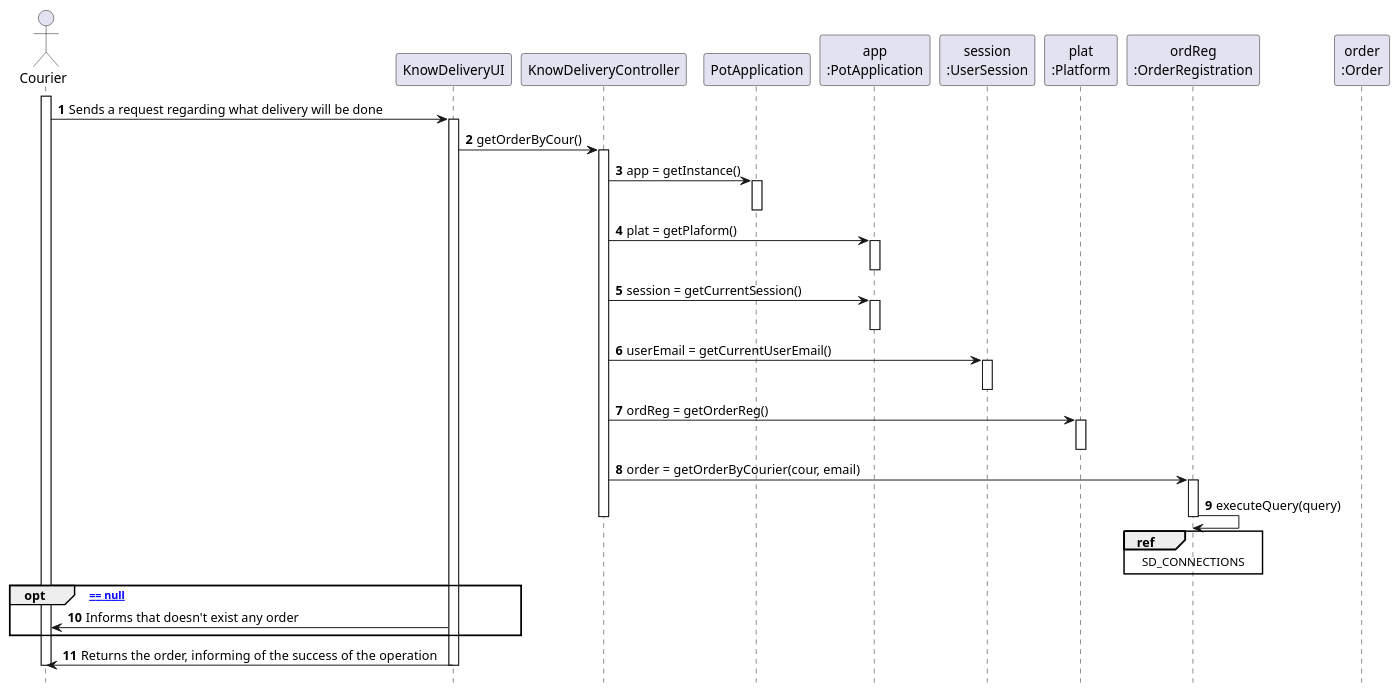
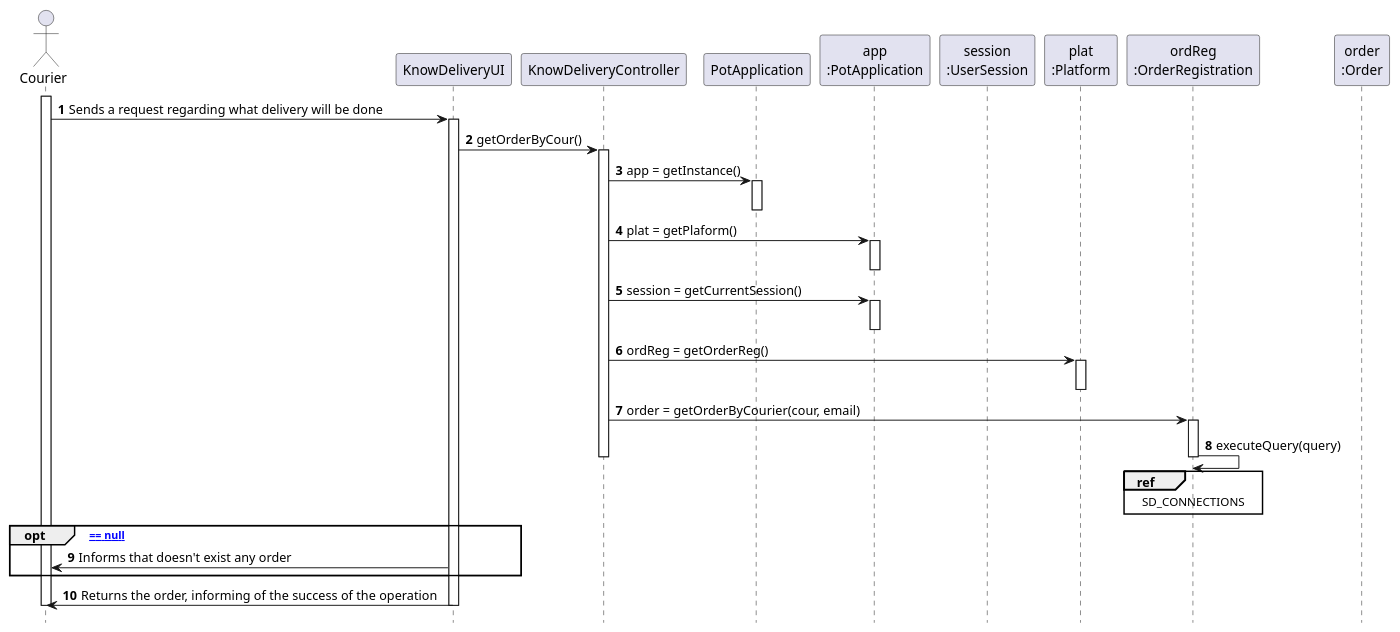
One commit to tiagoavcosta25/LAPR3 changed the diagram in docs/Iteration 1/Delivery Management/US48_KnowDelivery/US48_SD.puml. Above: the diagram before and after it, drawn with PlantUML. The commit also changed 10 other files, not shown here.

```diff
--- a/docs/Iteration 1/Delivery Management/US48_KnowDelivery/US48_SD.puml
+++ b/docs/Iteration 1/Delivery Management/US48_KnowDelivery/US48_SD.puml
@@ -1,55 +1,52 @@
 @startuml
 autonumber
 hide footbox
 
 actor "Courier" as COUR
 
 participant "KnowDeliveryUI" as UI
 participant "KnowDeliveryController" as CTRL
 participant "PotApplication" as _APP
 participant "app\n:PotApplication" as APP
 participant "session\n:UserSession" as SESSION
 participant "plat\n:Platform" as PLAT
 participant "ordReg\n:OrderRegistration" as ORDREG
 participant "order\n:Order" as O
 
 activate COUR
 
 COUR -> UI : Sends a request regarding what delivery will be done
 
 activate UI
 UI -> CTRL : getOrderByCour()
 activate CTRL
 CTRL -> _APP: app = getInstance()
 activate _APP
 deactivate _APP
 
 CTRL -> APP: plat = getPlaform()
 activate APP
 deactivate APP
 
 CTRL -> APP: session = getCurrentSession()
 activate APP
 deactivate APP
 
-CTRL -> SESSION: userEmail = getCurrentUserEmail()
-activate SESSION
-deactivate SESSION
 
 CTRL -> PLAT : ordReg = getOrderReg()
 activate PLAT
 deactivate PLAT
 CTRL -> ORDREG : order = getOrderByCourier(cour, email)
 activate ORDREG
 ORDREG -> ORDREG : executeQuery(query)
 ref over ORDREG : SD_CONNECTIONS
 deactivate ORDREG
 deactivate CTRL
 opt [ order == null]
 UI -> COUR : Informs that doesn't exist any order
 end opt
 UI -> COUR : Returns the order, informing of the success of the operation
 deactivate UI
 deactivate COUR
 
 @enduml
```
